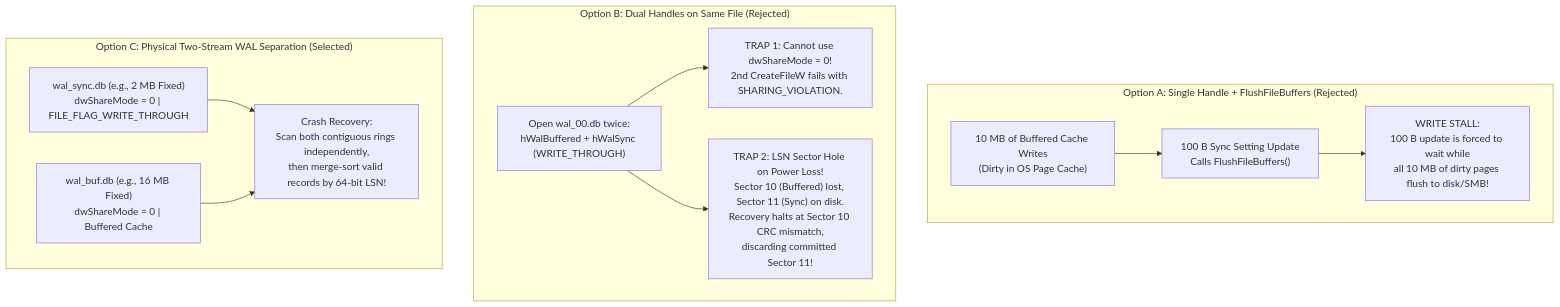
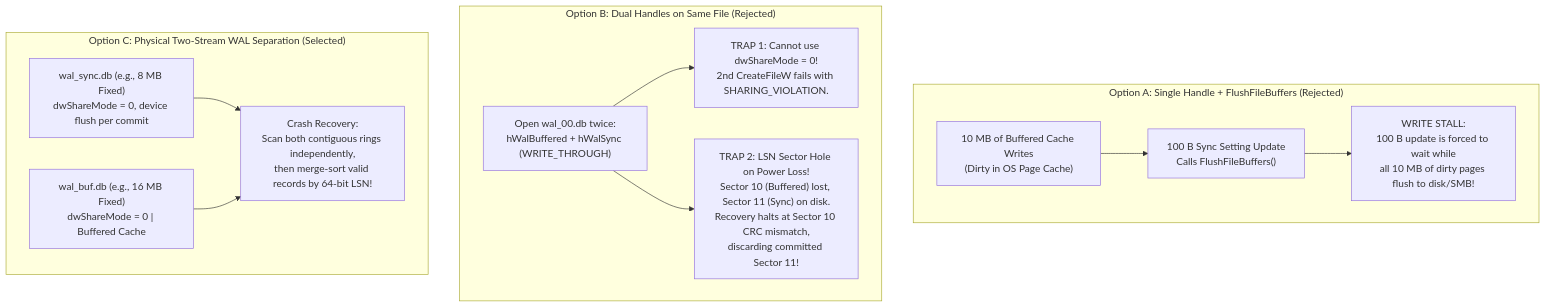
Before and after one commit to toyoshim-i/aydb: the second of 2 diagrams in docs/phase1/01_PAL_AND_OS_CACHE.md, drawn with Mermaid. The commit also changed other lines of this file and 7 other files, not shown here.

First line of the commit message:
docs: consolidate the design notes into ARCHITECTURE

````diff
--- a/docs/phase1/01_PAL_AND_OS_CACHE.md
+++ b/docs/phase1/01_PAL_AND_OS_CACHE.md
@@ -115,20 +115,20 @@
 ```mermaid
 flowchart TD
     subgraph OptA["Option A: Single Handle + FlushFileBuffers (Rejected)"]
         A_Buf["10 MB of Buffered Cache Writes<br/>(Dirty in OS Page Cache)"] --> A_Sync["100 B Sync Setting Update<br/>Calls FlushFileBuffers()"]
         A_Sync --> A_Stall["WRITE STALL:<br/>100 B update is forced to wait while<br/>all 10 MB of dirty pages flush to disk/SMB!"]
     end
 
     subgraph OptB["Option B: Dual Handles on Same File (Rejected)"]
         B_Open["Open wal_00.db twice:<br/>hWalBuffered + hWalSync (WRITE_THROUGH)"] --> B_Trap1["TRAP 1: Cannot use dwShareMode = 0!<br/>2nd CreateFileW fails with SHARING_VIOLATION."]
         B_Open --> B_Trap2["TRAP 2: LSN Sector Hole on Power Loss!<br/>Sector 10 (Buffered) lost, Sector 11 (Sync) on disk.<br/>Recovery halts at Sector 10 CRC mismatch,<br/>discarding committed Sector 11!"]
     end
 
     subgraph OptC["Option C: Physical Two-Stream WAL Separation (Selected)"]
-        C_Sync["wal_sync.db (e.g., 2 MB Fixed)<br/>dwShareMode = 0 | FILE_FLAG_WRITE_THROUGH"]
+        C_Sync["wal_sync.db (e.g., 8 MB Fixed)<br/>dwShareMode = 0, device flush per commit"]
         C_Buf["wal_buf.db (e.g., 16 MB Fixed)<br/>dwShareMode = 0 | Buffered Cache"]
         C_Rec["Crash Recovery:<br/>Scan both contiguous rings independently,<br/>then merge-sort valid records by 64-bit LSN!"]
         C_Sync --> C_Rec
         C_Buf --> C_Rec
     end
 ```
````
